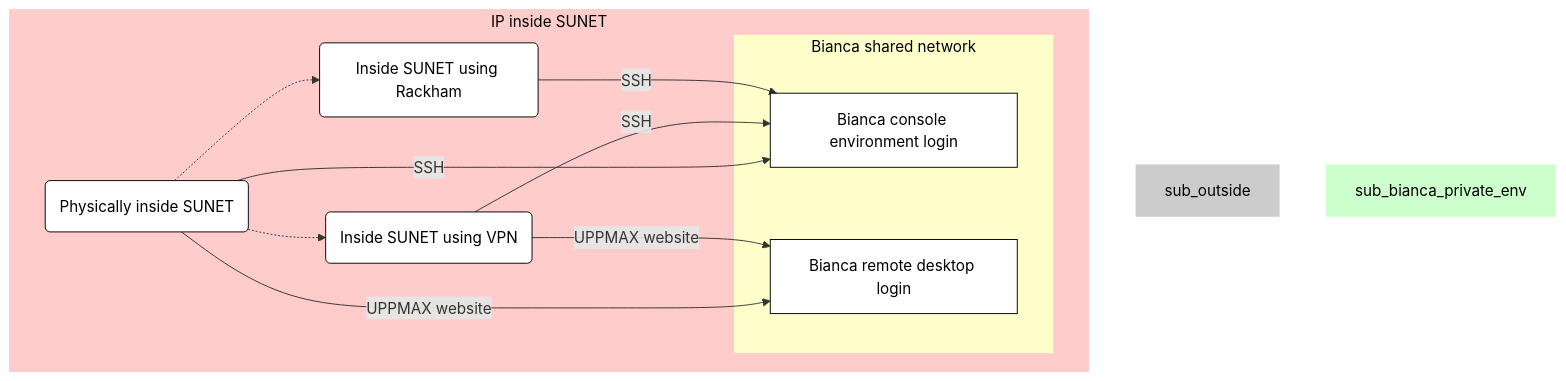
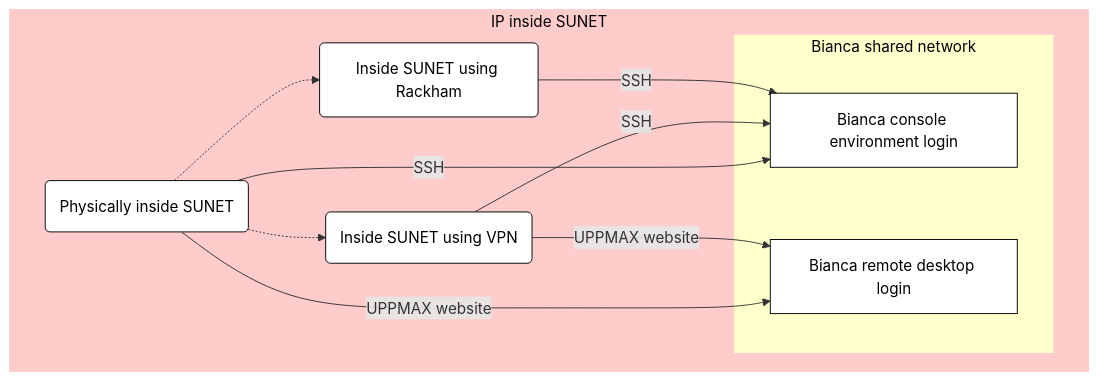
One commit to UPPMAX/UPPMAX-documentation changed the third of 4 diagrams in docs/getting_started/login_bianca.md. Above: the diagram before and after it, drawn with Mermaid. The commit also changed other lines of this file, not shown here.

````diff
--- a/docs/getting_started/login_bianca.md
+++ b/docs/getting_started/login_bianca.md
@@ -340,33 +340,33 @@
 ```mermaid
 flowchart TD
 
     %% Give a white background, instead of a transparent one
     classDef node fill:#fff,color:#000,stroke:#000
     classDef focus_node fill:#fff,color:#000,stroke:#000,stroke-width:4px
 
     subgraph sub_inside[IP inside SUNET]
       physically_inside(Physically inside SUNET)
       inside_using_vpn(Inside SUNET using VPN)
       inside_using_rackham(Inside SUNET using Rackham)
 
       subgraph sub_bianca_shared_env[Bianca shared network]
         bianca_shared_console[Bianca console environment login]
         bianca_shared_remote_desktop[Bianca remote desktop login] 
       end
     end
 
     %% Shared subgraph color scheme
-    style sub_outside fill:#ccc,color:#000,stroke:#ccc
+    %% style sub_outside fill:#ccc,color:#000,stroke:#ccc
     style sub_inside fill:#fcc,color:#000,stroke:#fcc
     style sub_bianca_shared_env fill:#ffc,color:#000,stroke:#ffc
-    style sub_bianca_private_env fill:#cfc,color:#000,stroke:#cfc
+    %% style sub_bianca_private_env fill:#cfc,color:#000,stroke:#cfc
 
     %% Inside SUNET
     physically_inside-->|SSH|bianca_shared_console
     physically_inside-->|UPPMAX website|bianca_shared_remote_desktop
     physically_inside-.->inside_using_rackham
     physically_inside-.->inside_using_vpn
     inside_using_vpn-->|SSH|bianca_shared_console
     inside_using_vpn-->|UPPMAX website|bianca_shared_remote_desktop
     inside_using_rackham-->|SSH|bianca_shared_console
 ```
````
